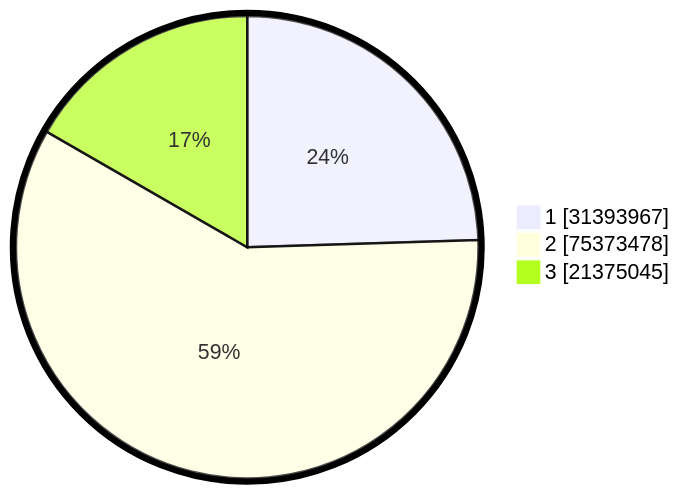
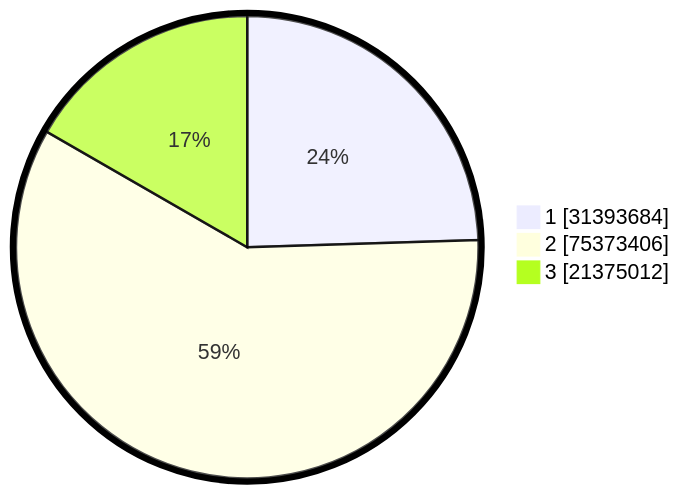
Before and after one commit to gigit-pemilu/pemilu-2024: the second of 2 diagrams in pilpres/hitung-suara/README.md, drawn with Mermaid. The commit also changed other lines of this file and 10 other files, not shown here.

````diff
--- a/pilpres/hitung-suara/README.md
+++ b/pilpres/hitung-suara/README.md
@@ -93,7 +93,7 @@
 ```mermaid
 %%{init: {"pie": {"textPosition": 0.5}, "themeVariables": {"pieOuterStrokeWidth": "5px"}} }%%
 pie showData
-    "1" : 31393967
-    "2" : 75373478
-    "3" : 21375045
+    "1" : 31393684
+    "2" : 75373406
+    "3" : 21375012
 ```
````
